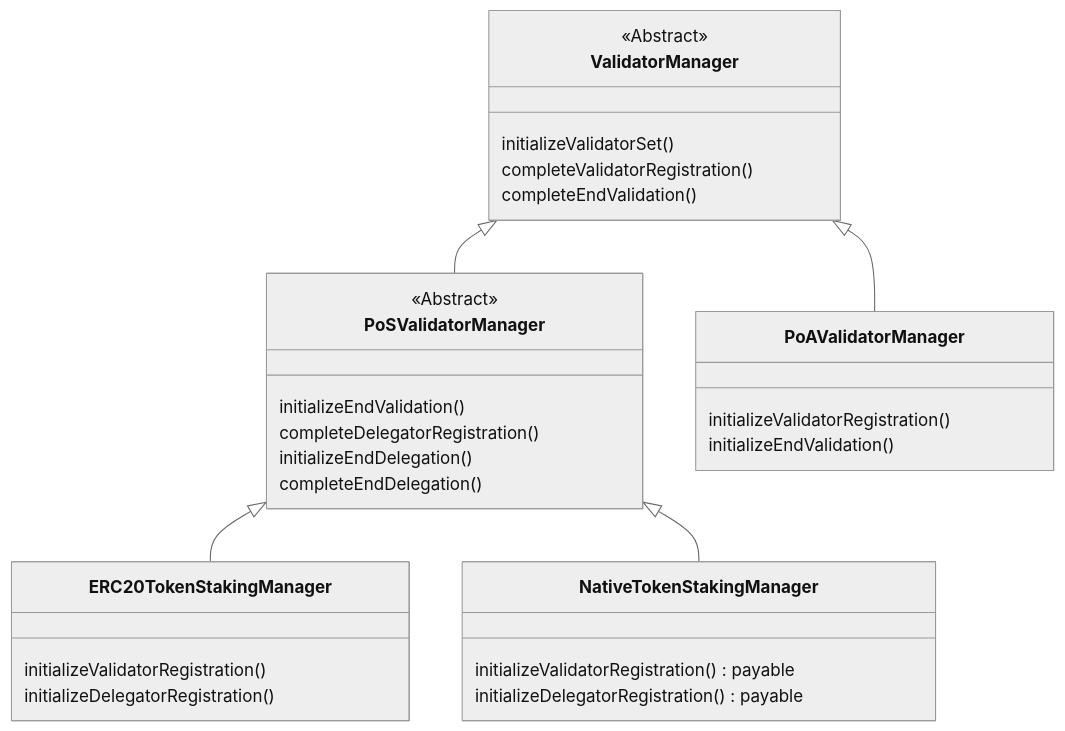
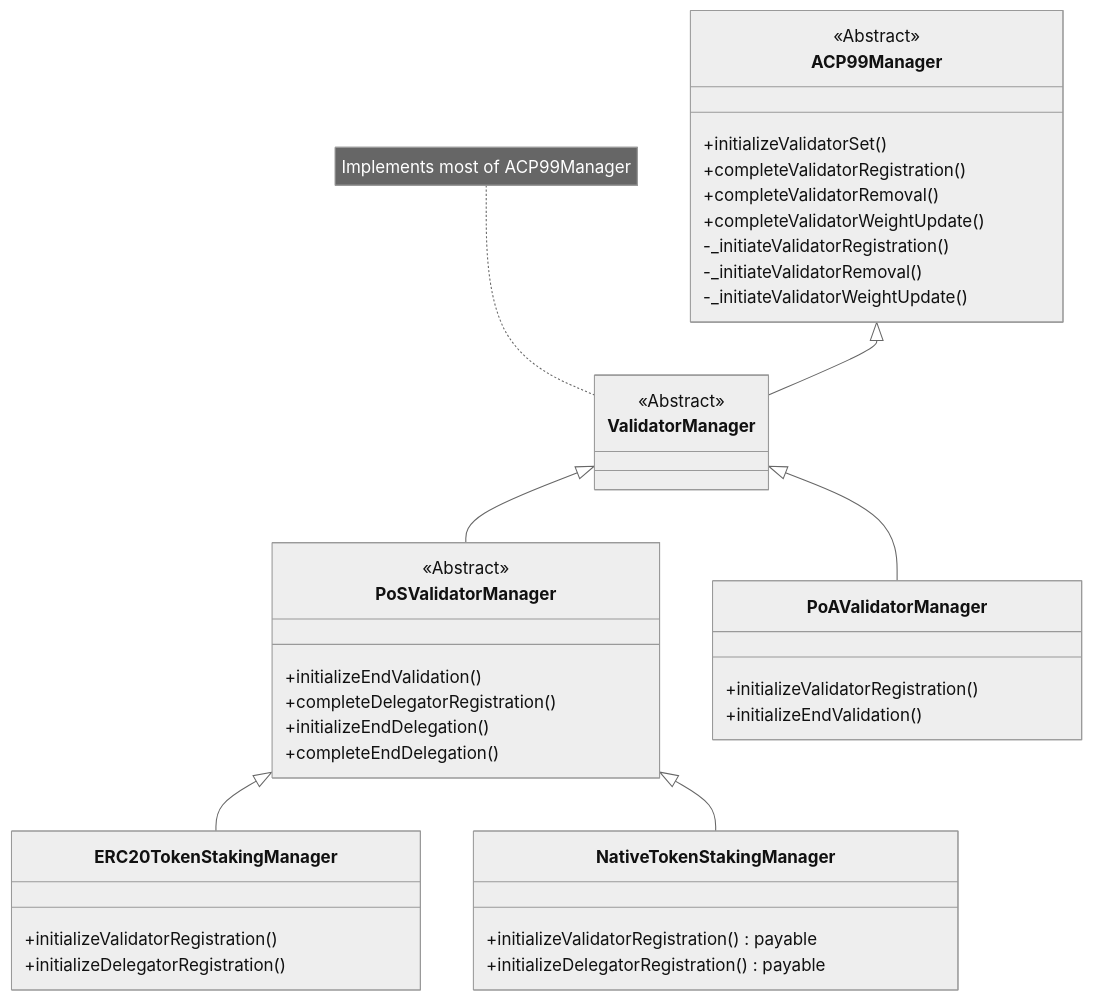
One commit to quantum-smith427t6/icm-contracts changed the diagram in contracts/validator-manager/README.md. Above: the diagram before and after it, drawn with Mermaid (neutral theme). The commit also changed other lines of this file, not shown here.

````diff
--- a/contracts/validator-manager/README.md
+++ b/contracts/validator-manager/README.md
@@ -7,34 +5,43 @@
 ```mermaid
 classDiagram
-class ValidatorManager {
-    initializeValidatorSet()
-    completeValidatorRegistration()
-    completeEndValidation()
+class ACP99Manager {
+    +initializeValidatorSet()
+    +completeValidatorRegistration()
+    +completeValidatorRemoval()
+    +completeValidatorWeightUpdate()
+    -_initiateValidatorRegistration()
+    -_initiateValidatorRemoval()
+    -_initiateValidatorWeightUpdate()
+}
+<<Abstract>> ACP99Manager
 
-}
+class ValidatorManager 
 <<Abstract>> ValidatorManager
+note for ValidatorManager "Implements most of ACP99Manager"
+
 class PoSValidatorManager {
-    initializeEndValidation()
-    completeDelegatorRegistration()
-    initializeEndDelegation()
-    completeEndDelegation()
+    +initializeEndValidation()
+    +completeDelegatorRegistration()
+    +initializeEndDelegation()
+    +completeEndDelegation()
 }
 <<Abstract>> PoSValidatorManager
 class ERC20TokenStakingManager {
-    initializeValidatorRegistration()
-    initializeDelegatorRegistration()
+    +initializeValidatorRegistration()
+    +initializeDelegatorRegistration()
 }
 class NativeTokenStakingManager {
-    initializeValidatorRegistration() payable
-    initializeDelegatorRegistration() payable
+    +initializeValidatorRegistration() payable
+    +initializeDelegatorRegistration() payable
 }
 class PoAValidatorManager {
-    initializeValidatorRegistration()
-    initializeEndValidation()
+    +initializeValidatorRegistration()
+    +initializeEndValidation()
 }
 
+ACP99Manager <|-- ValidatorManager
 ValidatorManager <|-- PoSValidatorManager
 ValidatorManager <|-- PoAValidatorManager
 PoSValidatorManager <|-- ERC20TokenStakingManager
 PoSValidatorManager <|-- NativeTokenStakingManager
 ```
````
